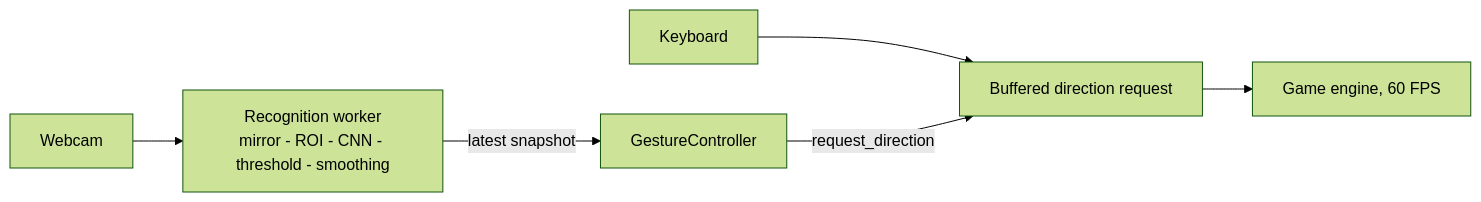
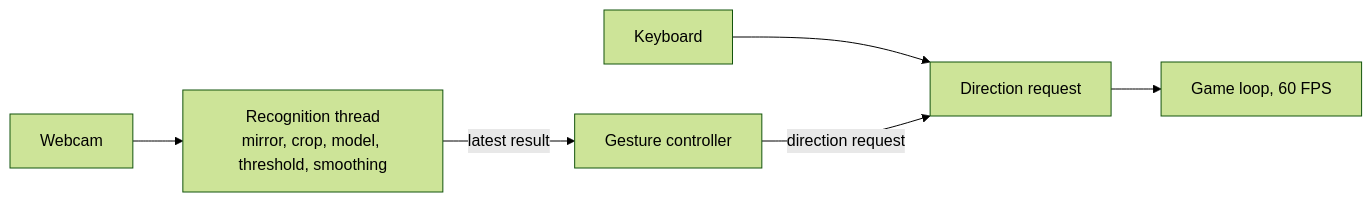
The diagram in README.md (TanmaySingh2711/gesture-controlled-game), drawn with Mermaid (forest theme) before and after one commit. The commit also changed other lines of this file and 7 other files, not shown here.

````diff
--- a/README.md
+++ b/README.md
@@ -98,8 +118,8 @@
 ```mermaid
 flowchart LR
-    cam[Webcam] --> worker["Recognition worker<br/>mirror - ROI - CNN - threshold - smoothing"]
-    worker -- latest snapshot --> ctrl[GestureController]
+    cam[Webcam] --> worker["Recognition thread<br/>mirror, crop, model, threshold, smoothing"]
+    worker -- latest result --> ctrl[Gesture controller]
     keys[Keyboard] --> seam
-    ctrl -- request_direction --> seam[Buffered direction request]
-    seam --> game["Game engine, 60 FPS"]
+    ctrl -- direction request --> seam[Direction request]
+    seam --> game["Game loop, 60 FPS"]
 ```
````
